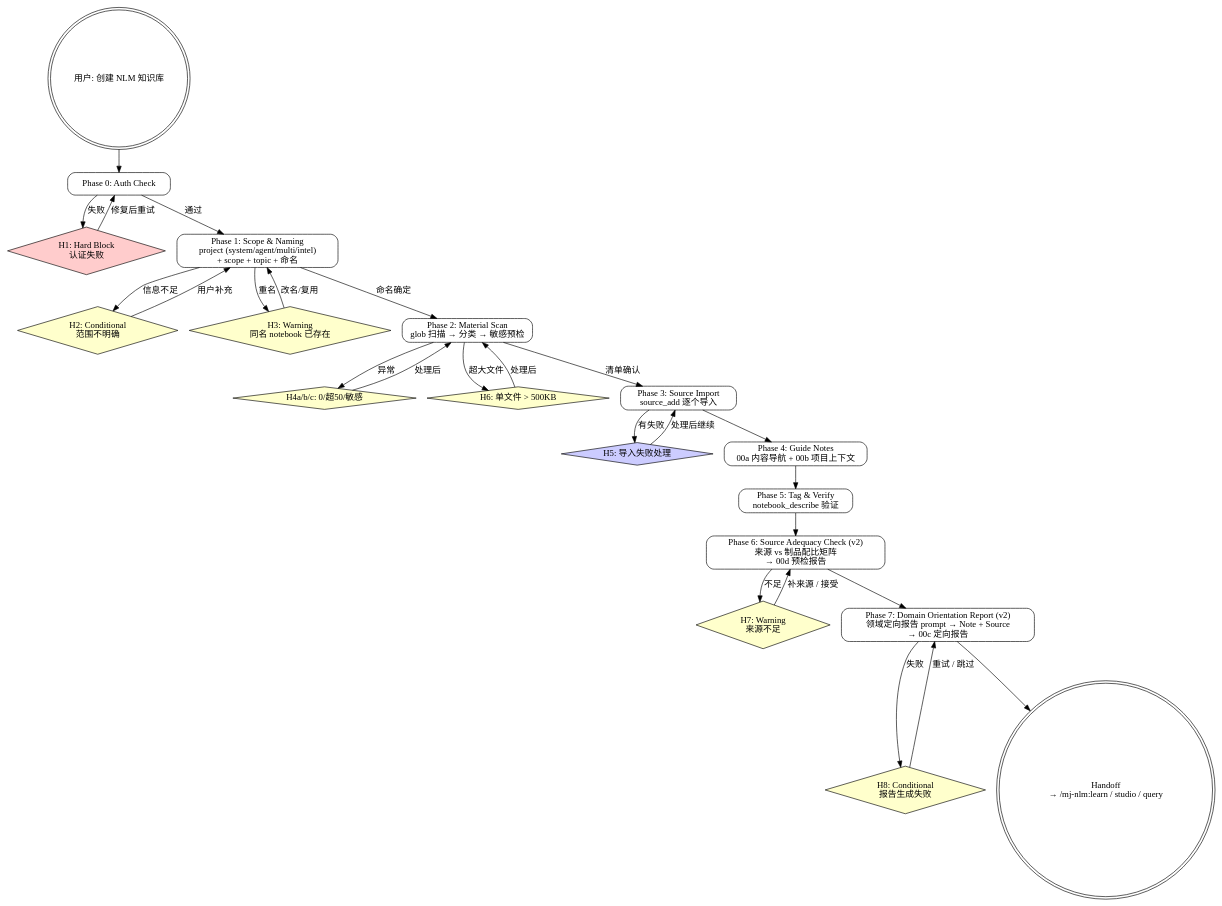
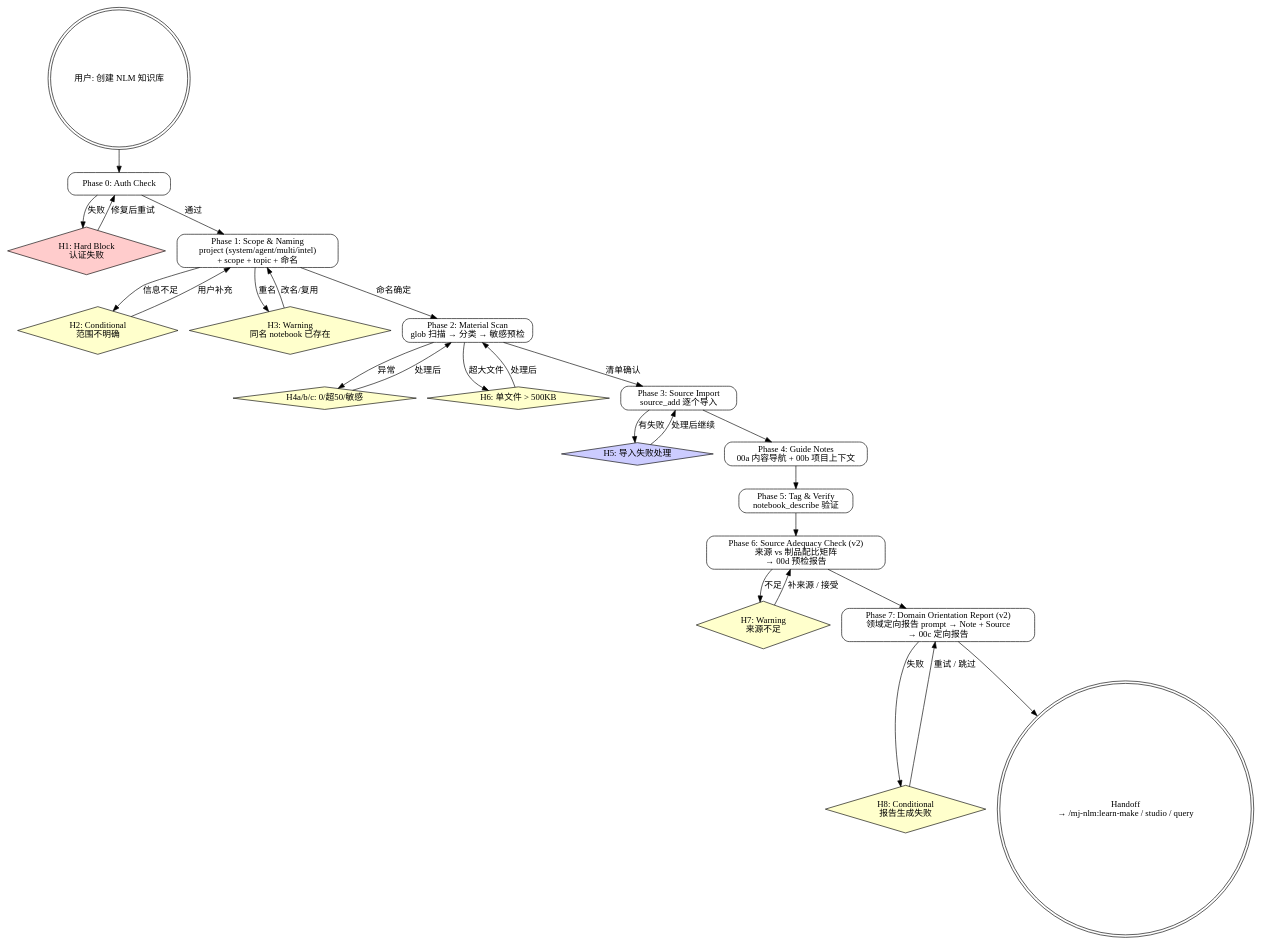
The diagram in plugins/mj-nlm/skills/mj-nlm-build/SKILL.md (ranzuozhou/my-marketplace), drawn with Graphviz before and after one commit. The commit also changed other lines of this file and 10 other files, not shown here.

First line of the commit message:
feat(mj-nlm): v2.3 — remove deprecated learn skill + add preflight & quota shared docs

````diff
--- a/plugins/mj-nlm/skills/mj-nlm-build/SKILL.md
+++ b/plugins/mj-nlm/skills/mj-nlm-build/SKILL.md
@@ -52,63 +53,63 @@
 ```dot
 digraph nlm_build {
     rankdir=TB;
     node [shape=box, style=rounded];
 
     start [label="用户: 创建 NLM 知识库", shape=doublecircle];
 
     P0 [label="Phase 0: Auth Check"];
     H1 [label="H1: Hard Block\n认证失败", shape=diamond, style=filled, fillcolor="#ffcccc"];
 
     P1 [label="Phase 1: Scope & Naming\nproject (system/agent/multi/intel)\n+ scope + topic + 命名"];
     H2 [label="H2: Conditional\n范围不明确", shape=diamond, style=filled, fillcolor="#ffffcc"];
     H3 [label="H3: Warning\n同名 notebook 已存在", shape=diamond, style=filled, fillcolor="#ffffcc"];
 
     P2 [label="Phase 2: Material Scan\nglob 扫描 → 分类 → 敏感预检"];
     H4abc [label="H4a/b/c: 0/超50/敏感", shape=diamond, style=filled, fillcolor="#ffffcc"];
     H6 [label="H6: 单文件 > 500KB", shape=diamond, style=filled, fillcolor="#ffffcc"];
 
     P3 [label="Phase 3: Source Import\nsource_add 逐个导入"];
     H5 [label="H5: 导入失败处理", shape=diamond, style=filled, fillcolor="#ccccff"];
 
     P4 [label="Phase 4: Guide Notes\n00a 内容导航 + 00b 项目上下文"];
 
     P5 [label="Phase 5: Tag & Verify\nnotebook_describe 验证"];
 
     P6 [label="Phase 6: Source Adequacy Check (v2)\n来源 vs 制品配比矩阵\n→ 00d 预检报告"];
     H7 [label="H7: Warning\n来源不足", shape=diamond, style=filled, fillcolor="#ffffcc"];
 
     P7 [label="Phase 7: Domain Orientation Report (v2)\n领域定向报告 prompt → Note + Source\n→ 00c 定向报告"];
     H8 [label="H8: Conditional\n报告生成失败", shape=diamond, style=filled, fillcolor="#ffffcc"];
 
-    DONE [label="Handoff\n→ /mj-nlm:learn / studio / query", shape=doublecircle];
+    DONE [label="Handoff\n→ /mj-nlm:learn-make / studio / query", shape=doublecircle];
 
     start -> P0;
     P0 -> H1 [label="失败"];
     H1 -> P0 [label="修复后重试"];
     P0 -> P1 [label="通过"];
 
     P1 -> H2 [label="信息不足"];
     H2 -> P1 [label="用户补充"];
     P1 -> H3 [label="重名"];
     H3 -> P1 [label="改名/复用"];
     P1 -> P2 [label="命名确定"];
 
     P2 -> H4abc [label="异常"];
     P2 -> H6 [label="超大文件"];
     H4abc -> P2 [label="处理后"];
     H6 -> P2 [label="处理后"];
     P2 -> P3 [label="清单确认"];
 
     P3 -> H5 [label="有失败"];
     H5 -> P3 [label="处理后继续"];
     P3 -> P4;
     P4 -> P5;
     P5 -> P6;
     P6 -> H7 [label="不足"];
     H7 -> P6 [label="补来源 / 接受"];
     P6 -> P7;
     P7 -> H8 [label="失败"];
     H8 -> P7 [label="重试 / 跳过"];
     P7 -> DONE;
 }
 ```
````
